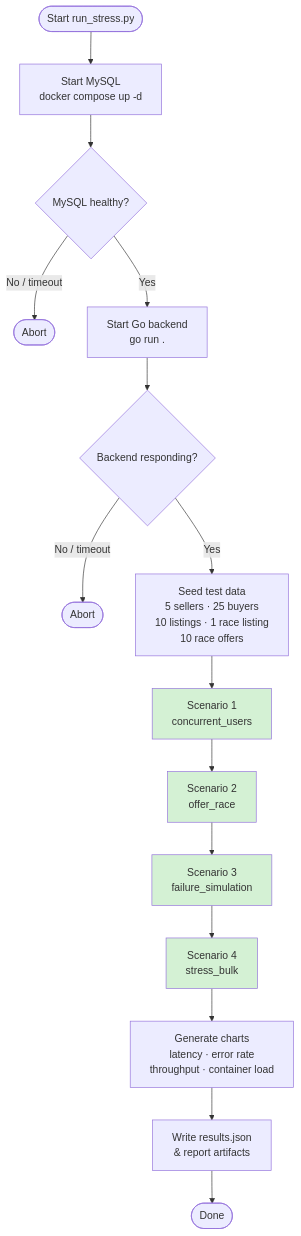
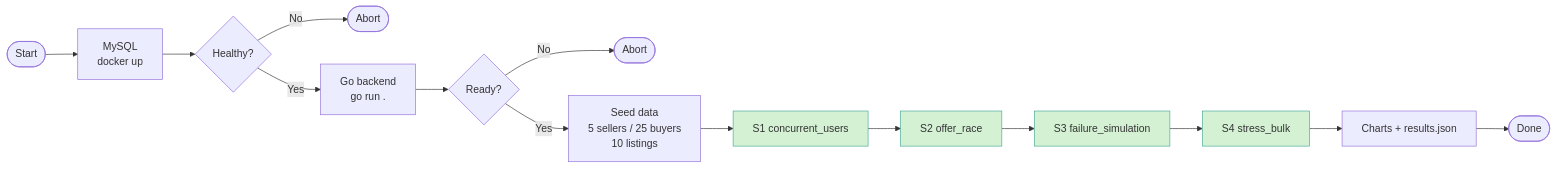
One commit to Zeenu03/Campus_Trading_App changed the first of 10 diagrams in Assignment_3/Module_B/MODULE_B_REPORT.md. Above: the diagram before and after it, drawn with Mermaid. The commit also changed other lines of this file and 3 other files, not shown here.

````diff
--- a/Assignment_3/Module_B/MODULE_B_REPORT.md
+++ b/Assignment_3/Module_B/MODULE_B_REPORT.md
@@ -54,22 +54,20 @@
 ```mermaid
-flowchart TD
-    A([Start run_stress.py]) --> B[Start MySQL\ndocker compose up -d]
-    B --> C{MySQL healthy?}
-    C -- No / timeout --> X1([Abort])
-    C -- Yes --> D[Start Go backend\ngo run .]
-    D --> E{Backend responding?}
-    E -- No / timeout --> X2([Abort])
-    E -- Yes --> F[Seed test data\n5 sellers · 25 buyers\n10 listings · 1 race listing\n10 race offers]
-    F --> G[Scenario 1\nconcurrent_users]
-    G --> H[Scenario 2\noffer_race]
-    H --> I[Scenario 3\nfailure_simulation]
-    I --> J[Scenario 4\nstress_bulk]
-    J --> K[Generate charts\nlatency · error rate\nthroughput · container load]
-    K --> L[Write results.json\n& report artifacts]
-    L --> M([Done])
-
-    style G fill:#d4f1d4
-    style H fill:#d4f1d4
-    style I fill:#d4f1d4
-    style J fill:#d4f1d4
+flowchart LR
+    A([Start]) --> B[MySQL\ndocker up]
+    B --> C{Healthy?}
+    C -- No --> X1([Abort])
+    C -- Yes --> D[Go backend\ngo run .]
+    D --> E{Ready?}
+    E -- No --> X2([Abort])
+    E -- Yes --> F[Seed data\n5 sellers / 25 buyers\n10 listings]
+    F --> G[S1 concurrent_users]
+    G --> H[S2 offer_race]
+    H --> I[S3 failure_simulation]
+    I --> J[S4 stress_bulk]
+    J --> K[Charts + results.json]
+    K --> L([Done])
+    style G fill:#d4f1d4,stroke:#4a9
+    style H fill:#d4f1d4,stroke:#4a9
+    style I fill:#d4f1d4,stroke:#4a9
+    style J fill:#d4f1d4,stroke:#4a9
 ```
````
